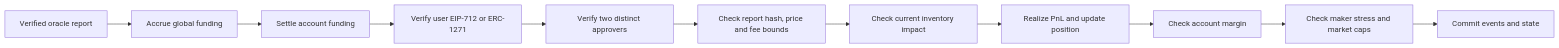
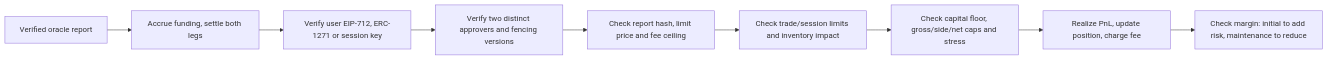
One commit to arthurtouble/rfqmarkets changed the second of 2 diagrams in CONTRACT-IMPLEMENTATION.md. Above: the diagram before and after it, drawn with Mermaid. The commit also changed other lines of this file and 1 other file, not shown here.

Commit message:
Fold stale pre-v1 contract specs into CONTRACT-IMPLEMENTATION.md
Claude-Session: https://claude.ai/code/session_01RUUbaCfYScydrVWXaWV4dC

````diff
--- a/CONTRACT-IMPLEMENTATION.md
+++ b/CONTRACT-IMPLEMENTATION.md
@@ -30,13 +30,11 @@
 ```mermaid
 flowchart LR
-    R[Verified oracle report] --> F[Accrue global funding]
-    F --> A[Settle account funding]
-    A --> U[Verify user EIP-712 or ERC-1271]
-    U --> Q[Verify two distinct approvers]
-    Q --> B[Check report hash, price and fee bounds]
-    B --> I[Check current inventory impact]
-    I --> P[Realize PnL and update position]
-    P --> M[Check account margin]
-    M --> S[Check maker stress and market caps]
-    S --> E[Commit events and state]
+    R[Verified oracle report] --> F[Accrue funding, settle both legs]
+    F --> U[Verify user EIP-712, ERC-1271 or session key]
+    U --> Q[Verify two distinct approvers and fencing versions]
+    Q --> B[Check report hash, limit price and fee ceiling]
+    B --> I[Check trade/session limits and inventory impact]
+    I --> S[Check capital floor, gross/side/net caps and stress]
+    S --> P[Realize PnL, update position, charge fee]
+    P --> M[Check margin: initial to add risk, maintenance to reduce]
 ```
````
